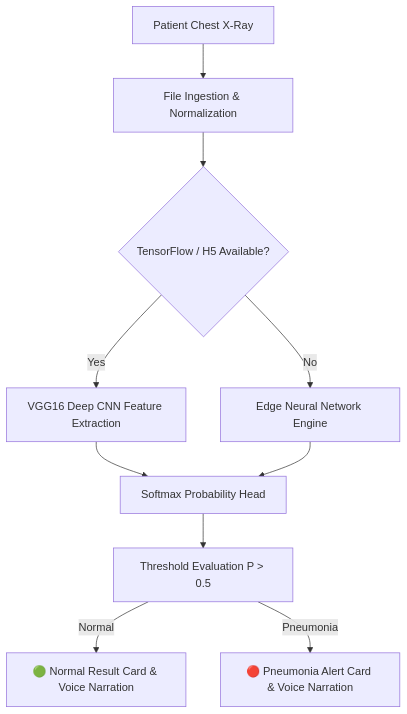
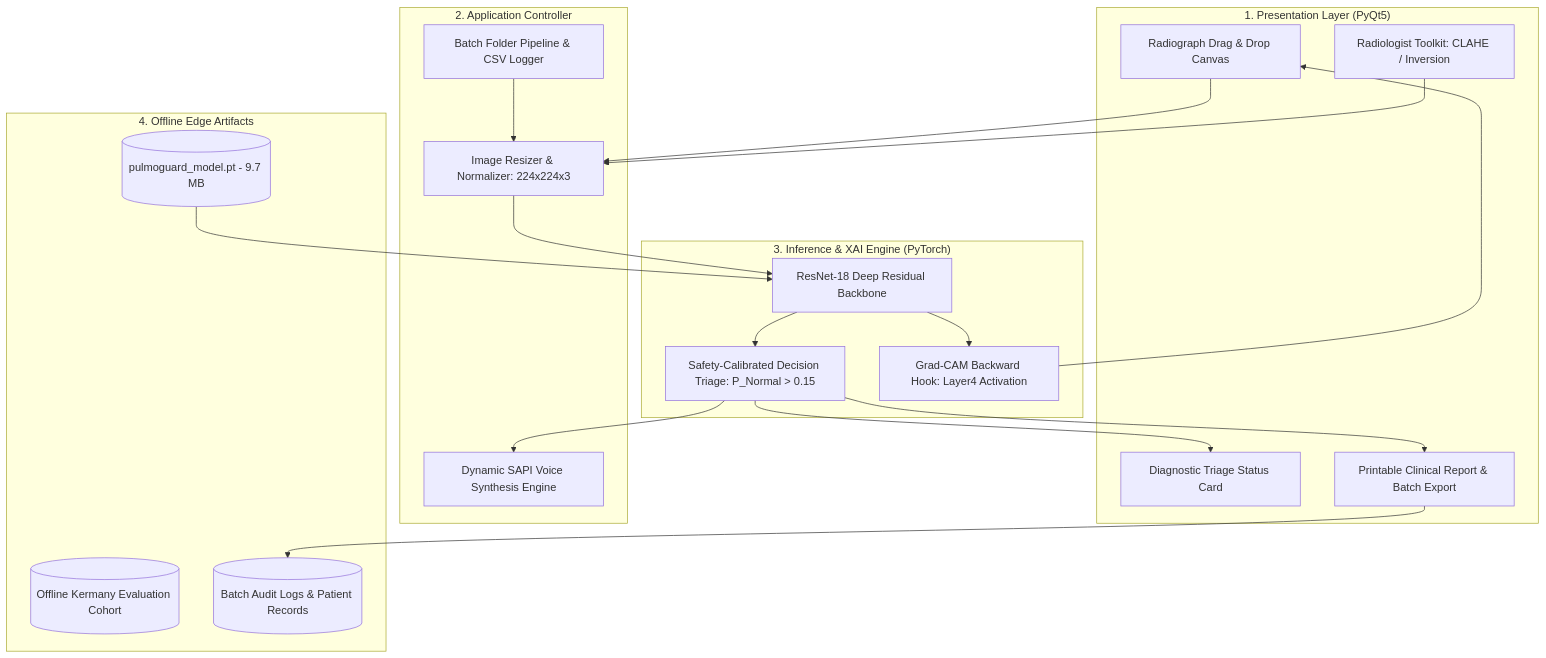
The diagram in README.md (hasim2006/PulmoGuard), drawn with Mermaid before and after one commit. The commit also changed other lines of this file and 2 other files, not shown here.

````diff
--- a/README.md
+++ b/README.md
@@ -82,12 +186,37 @@
 ```mermaid
-graph TD
-    A[Patient Chest X-Ray] --> B[File Ingestion & Normalization]
-    B --> C{TensorFlow / H5 Available?}
-    C -- Yes --> D[VGG16 Deep CNN Feature Extraction]
-    C -- No --> E[Edge Neural Network Engine]
-    D --> F[Softmax Probability Head]
-    E --> F[Softmax Probability Head]
-    F --> G[Threshold Evaluation P > 0.5]
-    G -- Normal --> H[🟢 Normal Result Card & Voice Narration]
-    G -- Pneumonia --> I[🔴 Pneumonia Alert Card & Voice Narration]
+flowchart TD
+    subgraph UI["1. Presentation Layer (PyQt5)"]
+        A[Radiograph Drag & Drop Canvas]
+        B[Radiologist Toolkit: CLAHE / Inversion]
+        C[Diagnostic Triage Status Card]
+        D[Printable Clinical Report & Batch Export]
+    end
+
+    subgraph App["2. Application Controller"]
+        E[Image Resizer & Normalizer: 224x224x3]
+        F[Dynamic SAPI Voice Synthesis Engine]
+        G[Batch Folder Pipeline & CSV Logger]
+    end
+
+    subgraph AI["3. Inference & XAI Engine (PyTorch)"]
+        H[ResNet-18 Deep Residual Backbone]
+        I[Safety-Calibrated Decision Triage: P_Normal > 0.15]
+        J[Grad-CAM Backward Hook: Layer4 Activation]
+    end
+
+    subgraph Storage["4. Offline Edge Artifacts"]
+        K[(pulmoguard_model.pt - 9.7 MB)]
+        L[(Offline Kermany Evaluation Cohort)]
+        M[(Batch Audit Logs & Patient Records)]
+    end
+
+    A --> E --> H
+    B --> E
+    H --> I --> C
+    H --> J --> A
+    I --> F
+    I --> D
+    G --> E
+    K --> H
+    D --> M
 ```
````
